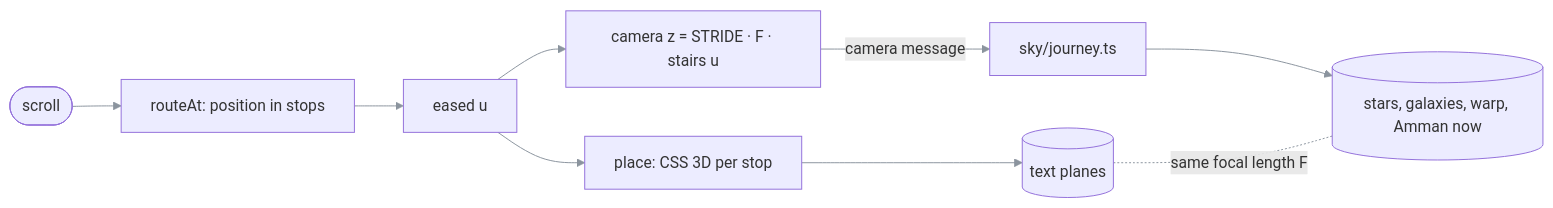
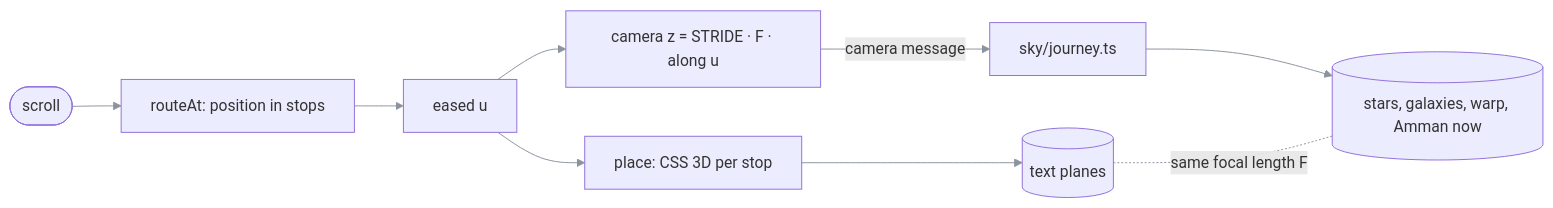
One commit to EzzoHamdan/EzzoHamdan.github.io changed the fourth of 6 diagrams in README.md. Above: the diagram before and after it, drawn with Mermaid. The commit also changed other lines of this file, not shown here.

````diff
--- a/README.md
+++ b/README.md
@@ -341,12 +365,12 @@
 ```mermaid
 %%{init: {'themeVariables': {'fontFamily': 'ui-monospace, SFMono-Regular, Menlo, monospace', 'lineColor': '#8b949e'}}}%%
 flowchart LR
   scroll([scroll]) --> u[routeAt: position in stops]
   u --> eased[eased u]
   eased --> place[place: CSS 3D per stop]
-  eased --> cam[camera z = STRIDE · F · stairs u]
+  eased --> cam[camera z = STRIDE · F · along u]
   place --> planes[(text planes)]
   cam -- "camera message" --> worker[sky/journey.ts]
   worker --> sky[(stars, galaxies, warp, Amman now)]
   planes -. "same focal length F" .- sky
 ```
````
